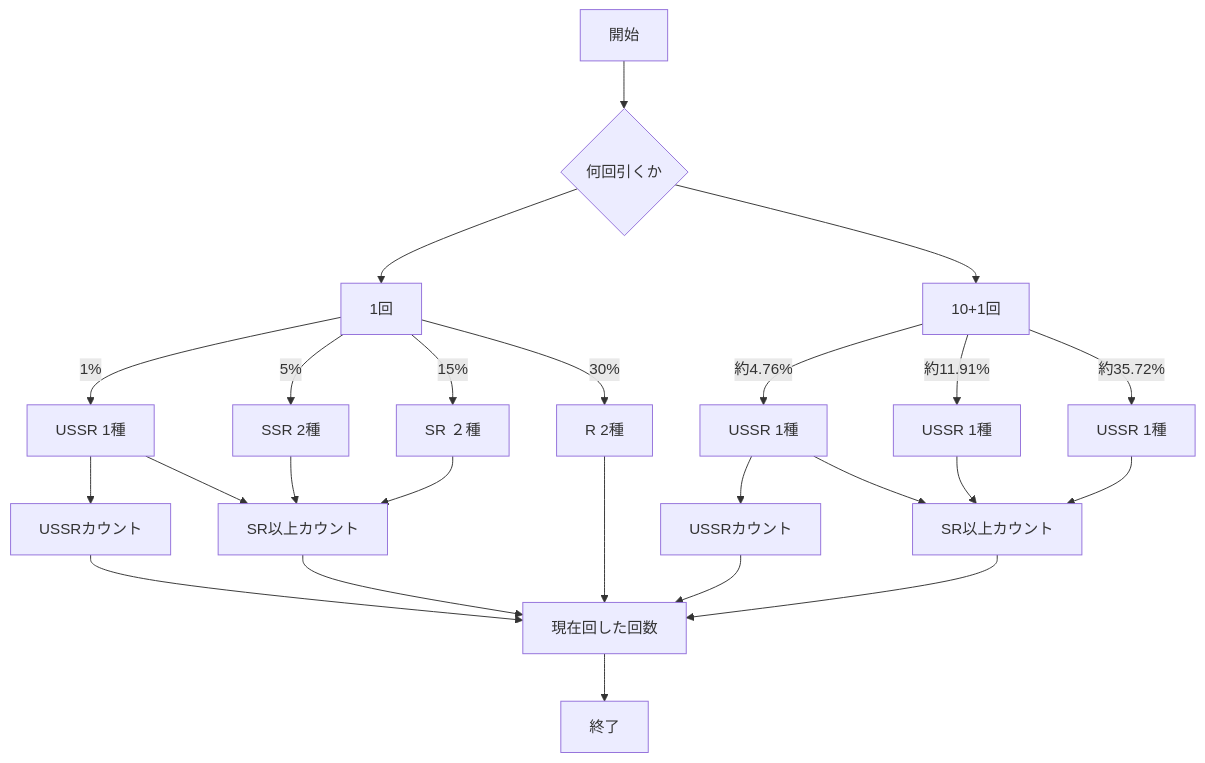
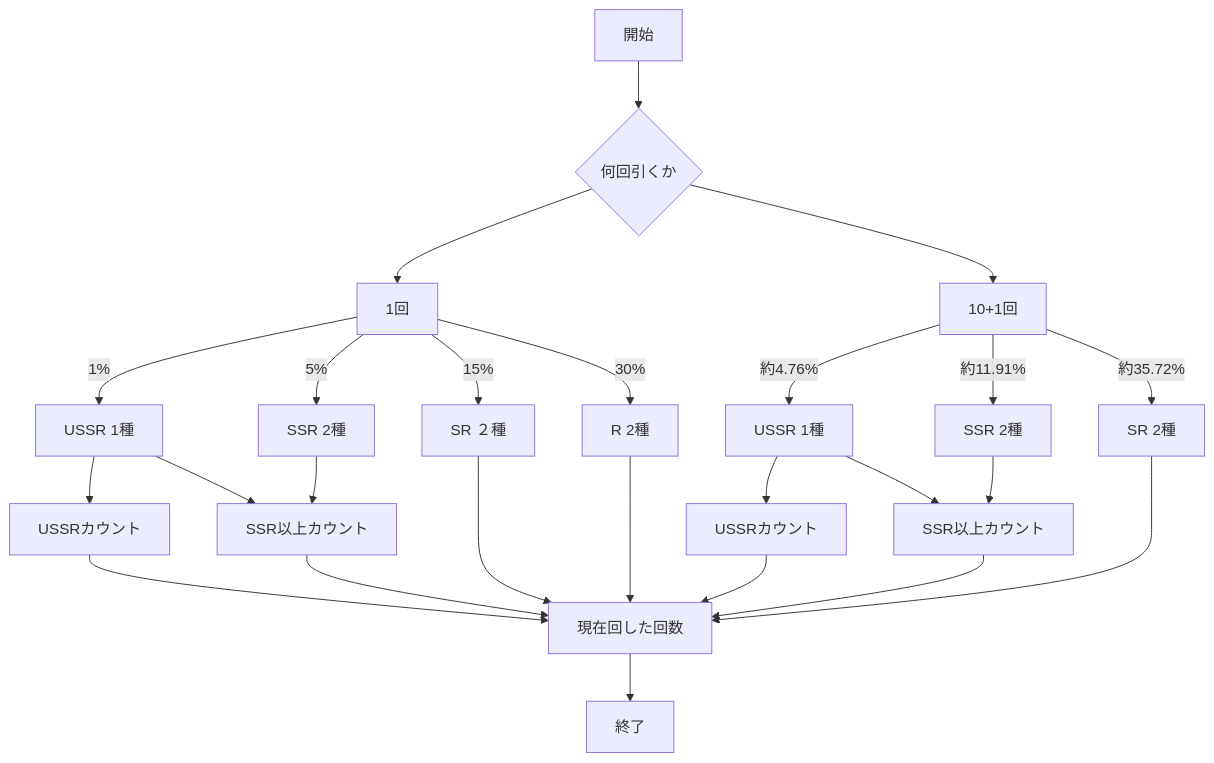
Before and after one commit to Umen0taisei/webpro_06: the second of 2 diagrams in README.md, drawn with Mermaid. The commit also changed other lines of this file, not shown here.

Commit message:
README改善

````diff
--- a/README.md
+++ b/README.md
@@ -98,47 +106,47 @@
 ```mermaid
 flowchart TD;
 
 start["開始"];
 end1["終了"]
 if{"何回引くか"}
 1["1回"]
 11["10+1回"]
 ussr["USSR 1種"]
 ssr["SSR 2種"]
 sr["SR ２種"]
 r["R 2種"]
 11ussr["USSR 1種"]
-11ssr["USSR 1種"]
-11sr["USSR 1種"]
+11ssr["SSR 2種"]
+11sr["SR 2種"]
 count_ussr["USSRカウント"]
 count_ussr1["USSRカウント"]
-count_sr["SR以上カウント"]
-count_sr1["SR以上カウント"]
+count_sr["SSR以上カウント"]
+count_sr1["SSR以上カウント"]
 now["現在回した回数"]
 
 start --> if
 if -->1
 if -->11
 1 -->|1%|ussr
 1 -->|5%|ssr
 1 -->|15%|sr
 1 -->|30%|r
 11 -->|約4.76%|11ussr
 11 -->|約11.91%|11ssr
 11 -->|約35.72%|11sr
 ussr -->count_ussr
 ussr -->count_sr
 ssr -->count_sr
-sr -->count_sr
 11ussr -->count_ussr1
 11ussr -->count_sr1
 11ssr -->count_sr1
-11sr -->count_sr1
 count_ussr -->now
 count_sr -->now
 count_ussr1 -->now
 count_sr1 -->now
 r --->now
+sr --->now
+11sr --->now
 now -->end1
 
 ```
````
